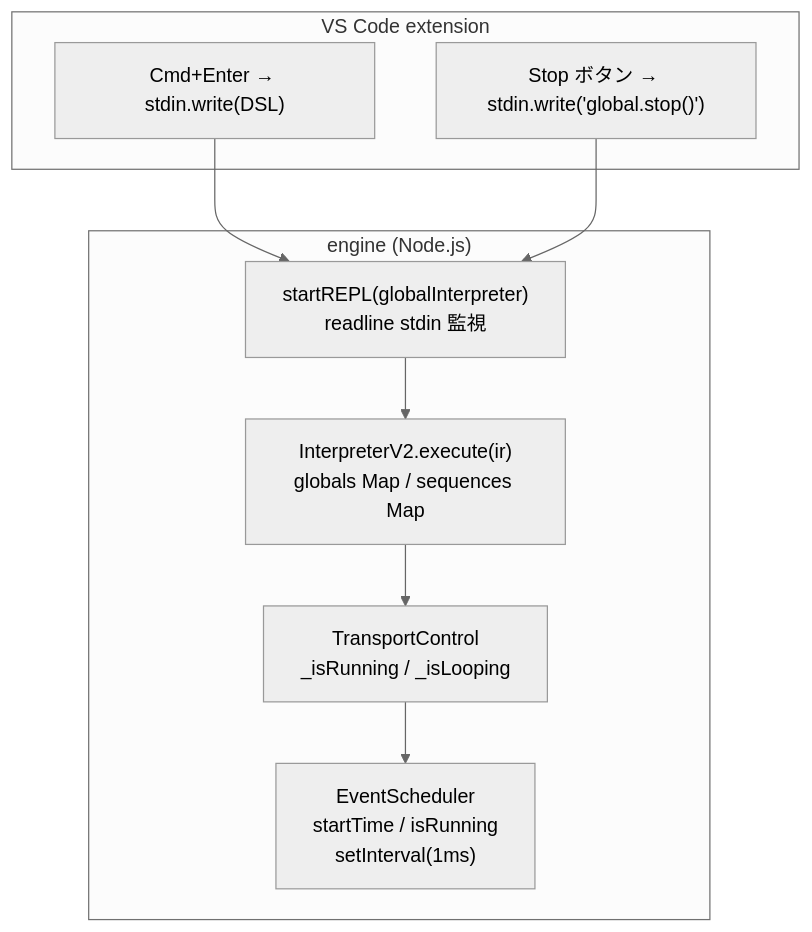
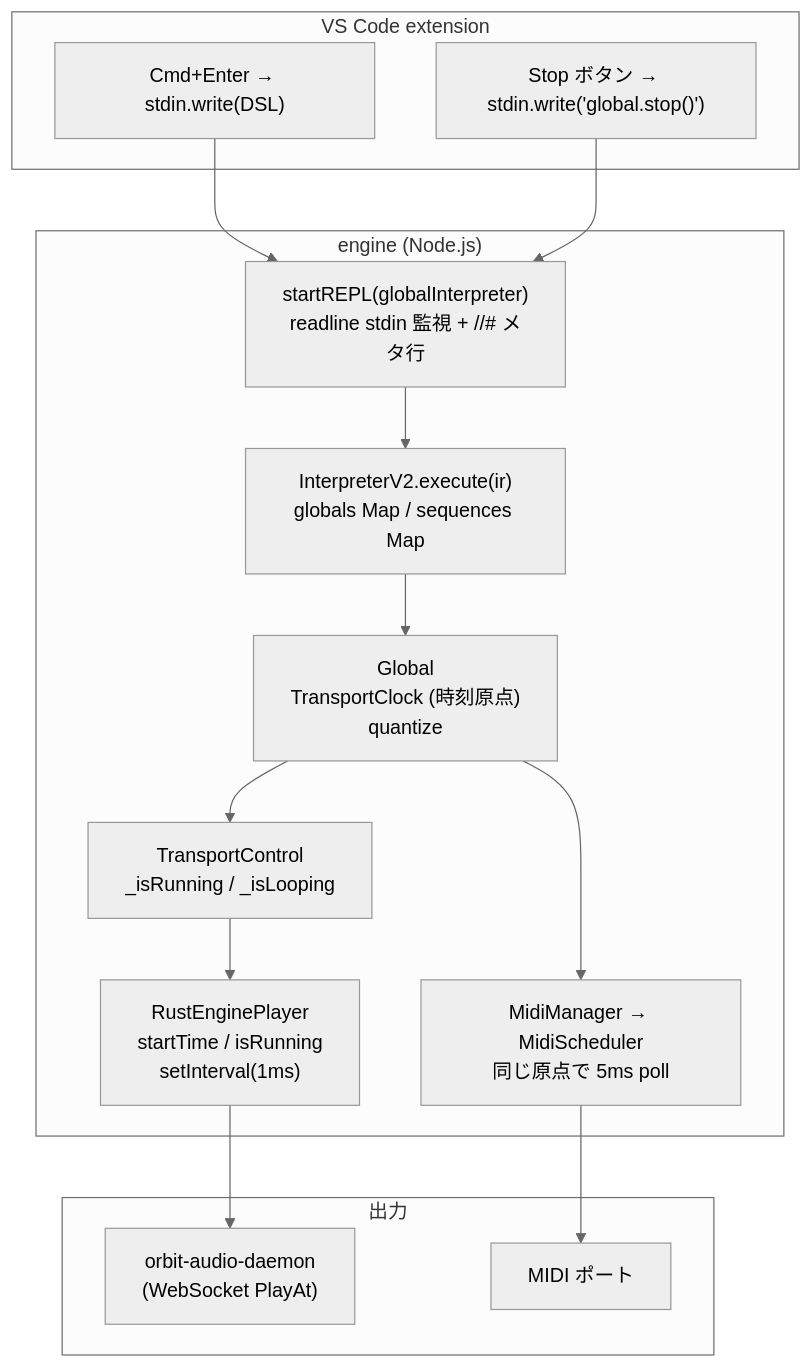
The fourth of 4 diagrams in sites/dev/scheduling/transport.md (signalcompose/orbitscore), drawn with Mermaid (neutral theme) before and after one commit. The commit also changed other lines of this file and 8 other files, not shown here.

````diff
--- a/sites/dev/scheduling/transport.md
+++ b/sites/dev/scheduling/transport.md
@@ -286,20 +532,31 @@
 ```mermaid
 flowchart TB
   subgraph EXT["VS Code extension"]
     CMD["Cmd+Enter → stdin.write(DSL)"]
     STOP["Stop ボタン → stdin.write('global.stop()')"]
   end
 
   subgraph ENGINE["engine (Node.js)"]
-    REPL["startREPL(globalInterpreter)\nreadline stdin 監視"]
+    REPL["startREPL(globalInterpreter)\nreadline stdin 監視 + //# メタ行"]
     INTERP["InterpreterV2.execute(ir)\nglobals Map / sequences Map"]
+    G["Global\nTransportClock (時刻原点)\nquantize"]
     TC["TransportControl\n_isRunning / _isLooping"]
-    SCHED["EventScheduler\nstartTime / isRunning\nsetInterval(1ms)"]
+    SCHED["RustEnginePlayer\nstartTime / isRunning\nsetInterval(1ms)"]
+    MIDI["MidiManager → MidiScheduler\n同じ原点で 5ms poll"]
+  end
+
+  subgraph OUT["出力"]
+    D["orbit-audio-daemon\n(WebSocket PlayAt)"]
+    M["MIDI ポート"]
   end
 
   CMD --> REPL
   STOP --> REPL
   REPL --> INTERP
-  INTERP --> TC
+  INTERP --> G
+  G --> TC
+  G --> MIDI
   TC --> SCHED
+  SCHED --> D
+  MIDI --> M
 ```
````
